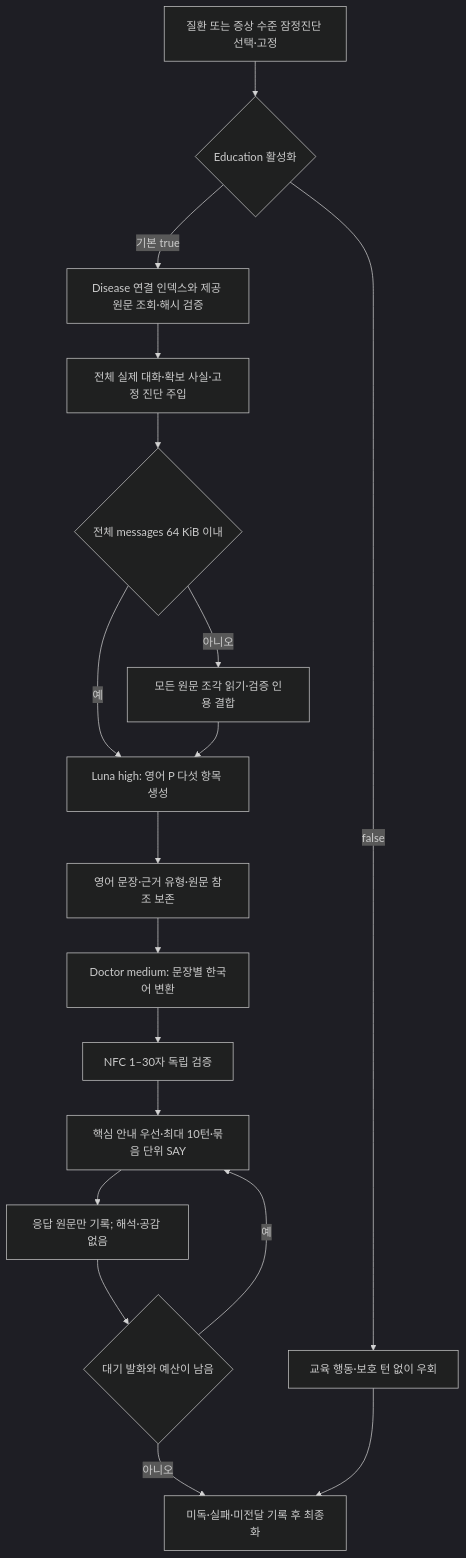
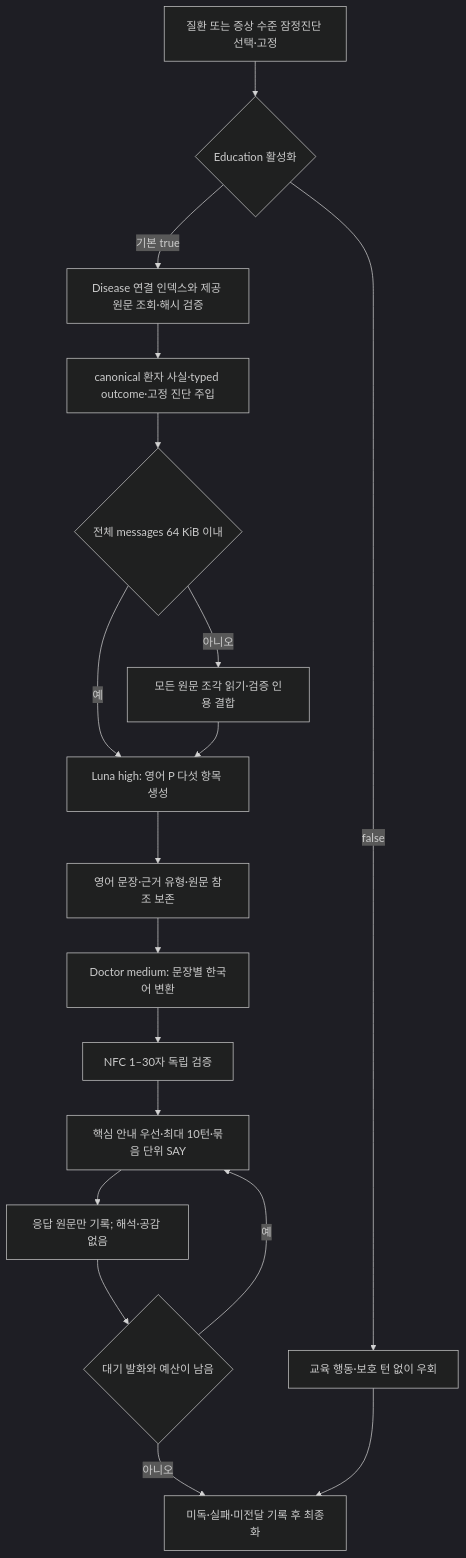
Before and after one commit to devRestain/Ontoward: the fifth of 16 diagrams in submission/README.md, drawn with Mermaid (dark theme). The commit also changed other lines of this file and 97 other files, not shown here.

````diff
--- a/submission/README.md
+++ b/submission/README.md
@@ -192,20 +192,20 @@
 ```mermaid
 flowchart TD
     E0["질환 또는 증상 수준 잠정진단 선택·고정"] --> Enabled{"Education 활성화"}
     Enabled -->|false| Skip["교육 행동·보호 턴 없이 우회"]
     Enabled -->|기본 true| E1["Disease 연결 인덱스와 제공 원문 조회·해시 검증"]
-    E1 --> E2["전체 실제 대화·확보 사실·고정 진단 주입"]
+    E1 --> E2["canonical 환자 사실·typed outcome·고정 진단 주입"]
     E2 --> Size{"전체 messages 64 KiB 이내"}
     Size -->|예| E3["Luna high: 영어 P 다섯 항목 생성"]
     Size -->|아니오| Read["모든 원문 조각 읽기·검증 인용 결합"]
     Read --> E3
     E3 --> P["영어 문장·근거 유형·원문 참조 보존"]
     P --> Doctor["Doctor medium: 문장별 한국어 변환"]
     Doctor --> Validate["NFC 1–30자 독립 검증"]
     Validate --> Say["핵심 안내 우선·최대 10턴·묶음 단위 SAY"]
     Say --> Reply["응답 원문만 기록; 해석·공감 없음"]
     Reply --> More{"대기 발화와 예산이 남음"}
     More -->|예| Say
     More -->|아니오| Final["미독·실패·미전달 기록 후 최종화"]
     Skip --> Final
 ```
````
